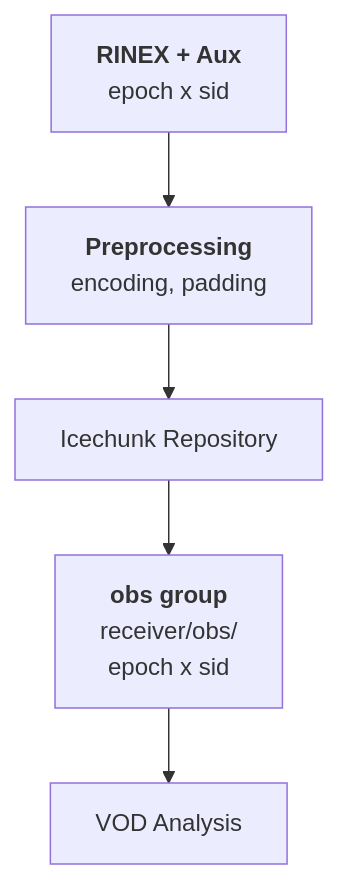
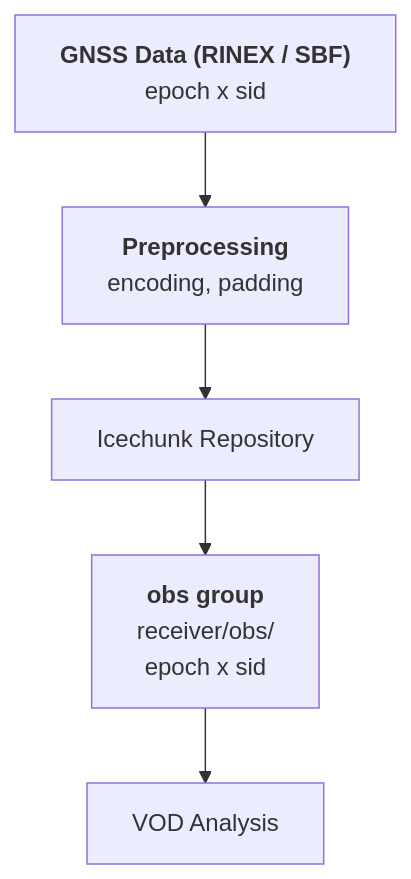
Before and after one commit to konstantinschellenberg/canvodpy: the diagram in docs/packages/store/overview.md, drawn with Mermaid. The commit also changed other lines of this file and 23 other files, not shown here.

````diff
--- a/docs/packages/store/overview.md
+++ b/docs/packages/store/overview.md
@@ -44,12 +44,12 @@
 ```mermaid
 graph TD
-    A1["`**RINEX + Aux**
+    A1["`**GNSS Data (RINEX / SBF)**
     epoch x sid`"]
     A1 --> B["`**Preprocessing**
     encoding, padding`"]
     B --> C["Icechunk Repository"]
     C --> D1["`**obs group**
     receiver/obs/
     epoch x sid`"]
     D1 --> E["VOD Analysis"]
 ```
````
